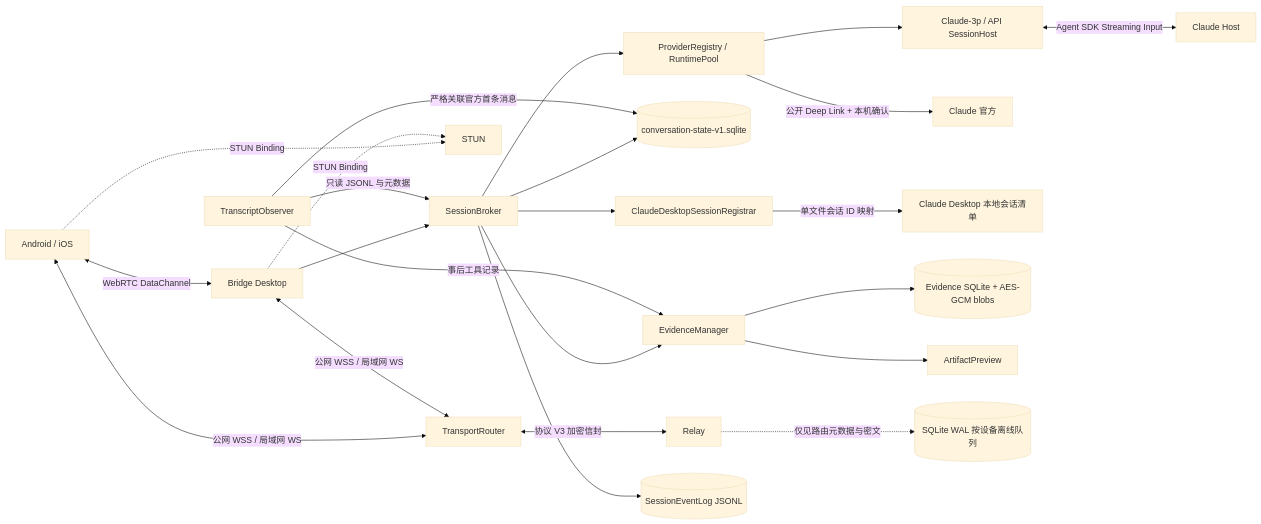
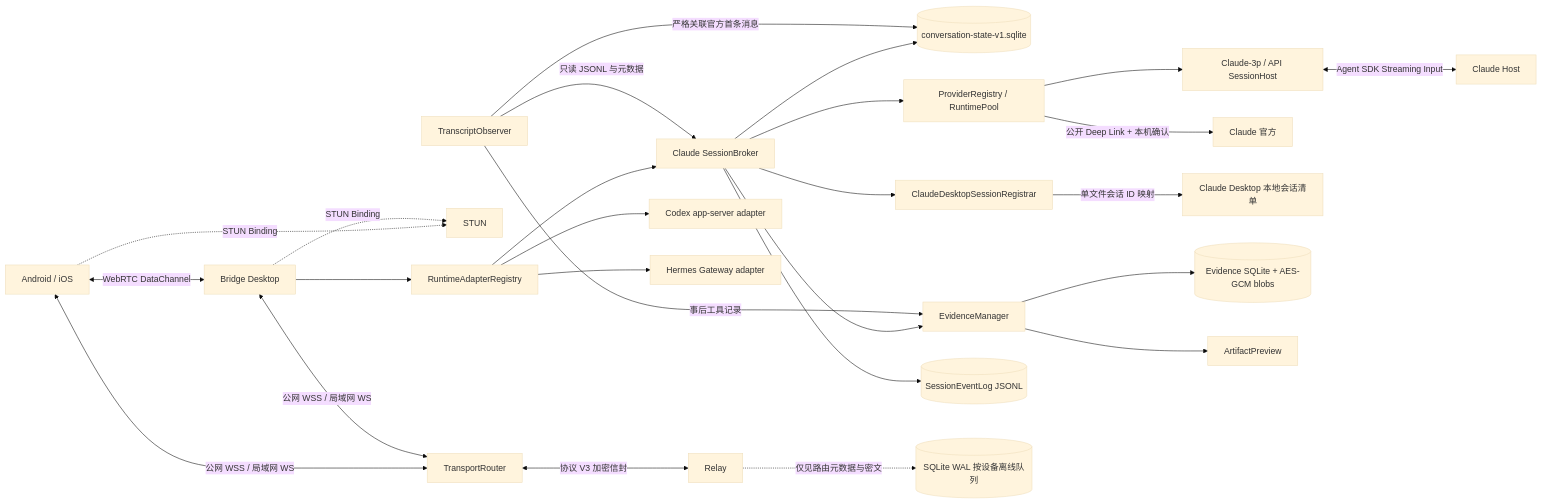
The first of 3 diagrams in docs/ARCHITECTURE.md (czhmartinez/claude-desktop-bridge), drawn with Mermaid (base theme) before and after one commit. The commit also changed other lines of this file and 30 other files, not shown here.

````diff
--- a/docs/ARCHITECTURE.md
+++ b/docs/ARCHITECTURE.md
@@ -8,25 +10,28 @@
 ```mermaid
 flowchart LR
   M["Android / iOS"] <-->|"WebRTC DataChannel"| D["Bridge Desktop"]
   M <-->|"公网 WSS / 局域网 WS"| T["TransportRouter"]
   D <-->|"公网 WSS / 局域网 WS"| T
   T <-->|"协议 V3 加密信封"| R["Relay"]
   M -.->|"STUN Binding"| S["STUN"]
   D -.->|"STUN Binding"| S
-  D --> B["SessionBroker"]
+  D --> RA["RuntimeAdapterRegistry"]
+  RA --> B["Claude SessionBroker"]
+  RA --> CA["Codex app-server adapter"]
+  RA --> HG["Hermes Gateway adapter"]
   B --> CS[("conversation-state-v1.sqlite")]
   B --> PR["ProviderRegistry / RuntimePool"]
   PR --> H["Claude-3p / API SessionHost"]
   H <-->|"Agent SDK Streaming Input"| C["Claude Host"]
   PR -->|"公开 Deep Link + 本机确认"| CO["Claude 官方"]
   O["TranscriptObserver"] -->|"只读 JSONL 与元数据"| B
   O -->|"严格关联官方首条消息"| CS
   B --> DR["ClaudeDesktopSessionRegistrar"]
   DR -->|"单文件会话 ID 映射"| DM["Claude Desktop 本地会话清单"]
   B --> EM["EvidenceManager"]
   O -->|"事后工具记录"| EM
   EM --> ES[("Evidence SQLite + AES-GCM blobs")]
   EM --> AP["ArtifactPreview"]
   B --> E[("SessionEventLog JSONL")]
   R -. "仅见路由元数据与密文" .-> Q[("SQLite WAL 按设备离线队列")]
 ```
````
